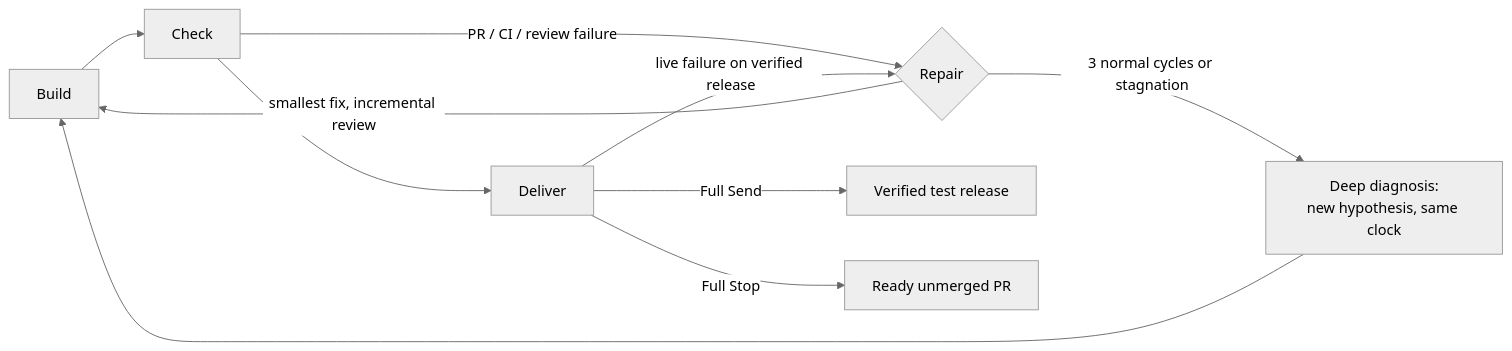
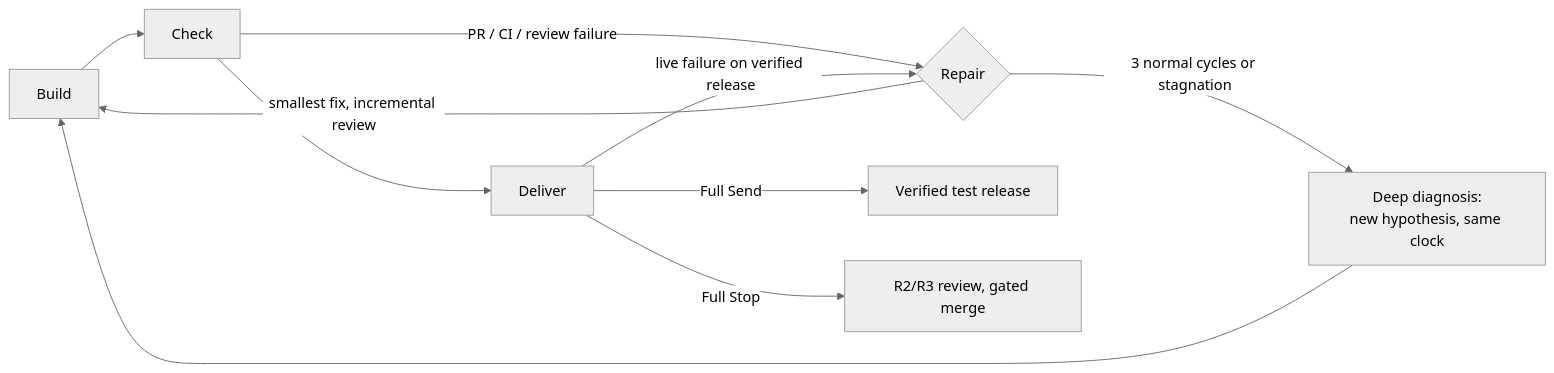
The diagram in README.md (Pattedyret/patstack), drawn with Mermaid (neutral theme) before and after one commit. The commit also changed other lines of this file and 158 other files, not shown here.

````diff
--- a/README.md
+++ b/README.md
@@ -101,12 +105,12 @@
 ```mermaid
 flowchart LR
   B[Build] --> C[Check]
   C --> D[Deliver]
   C -- PR / CI / review failure --> R{Repair}
   D -- live failure on verified release --> R
   R -- smallest fix, incremental review --> B
   R -- 3 normal cycles or stagnation --> X[Deep diagnosis:<br/>new hypothesis, same clock]
   X --> B
   D -- Full Send --> L[Verified test release]
-  D -- Full Stop --> P[Ready unmerged PR]
+  D -- Full Stop --> P[R2/R3 review, gated merge]
 ```
````
